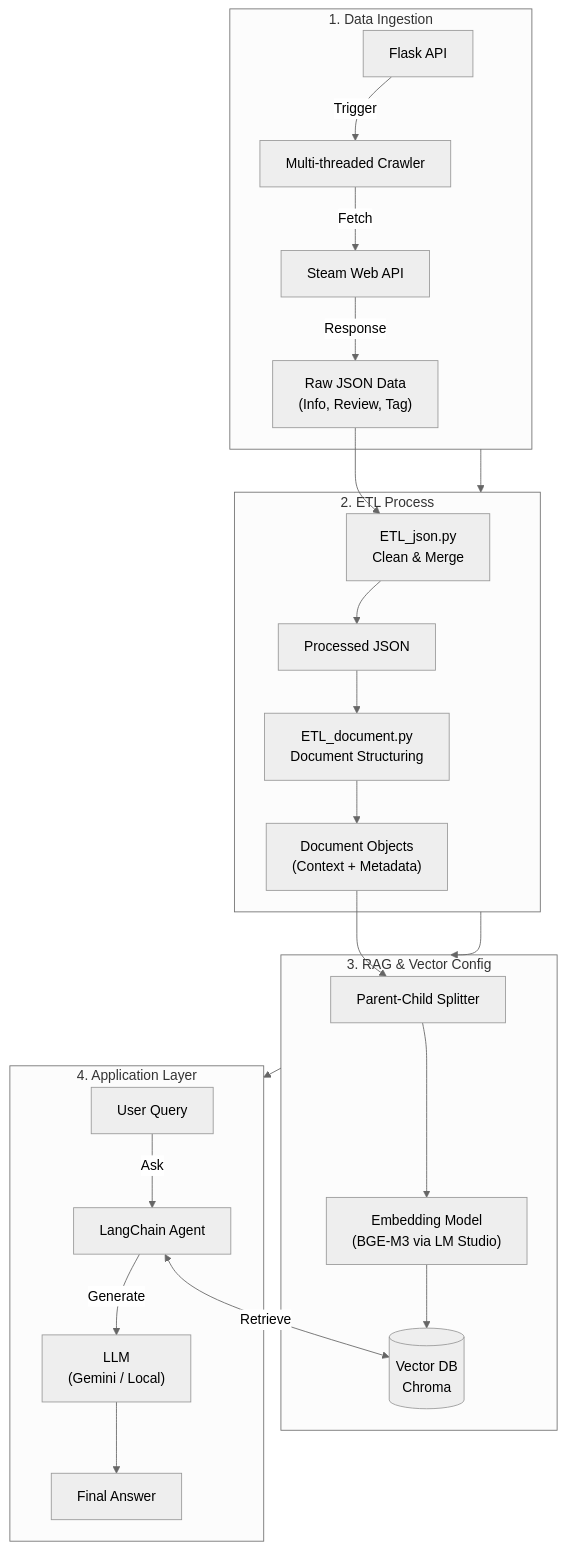
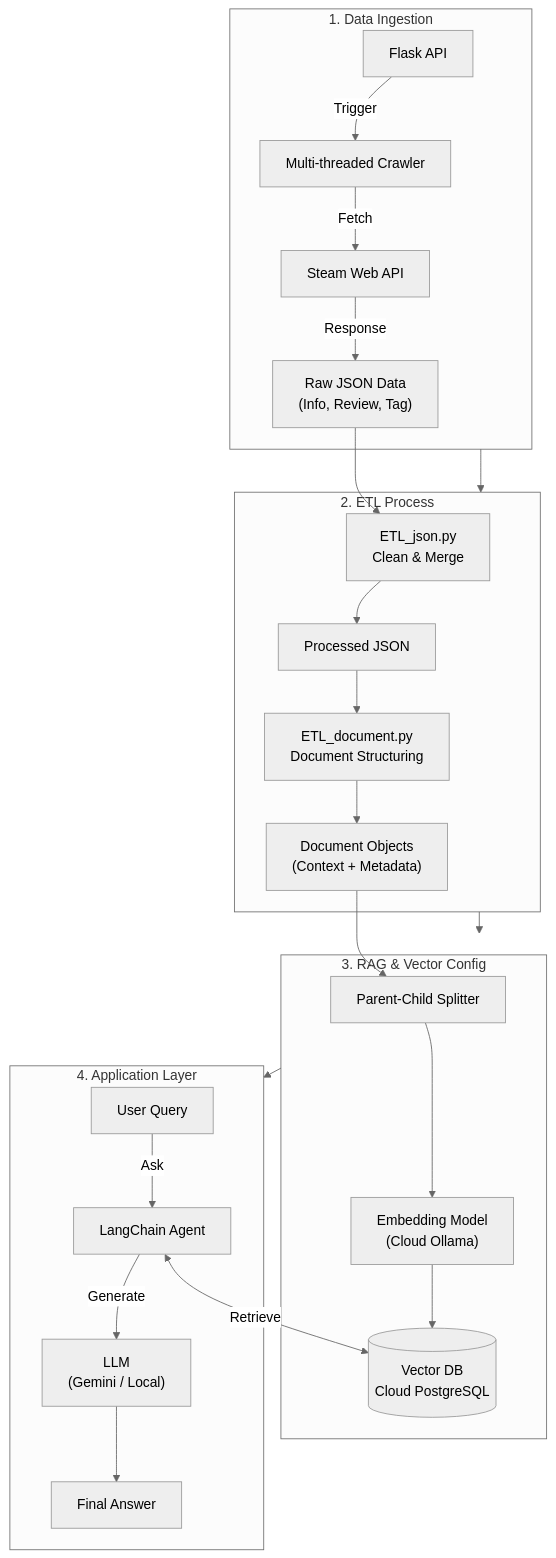
Before and after one commit to refinism-B/Steam-Games-Database-with-RAG: the diagram in README.md, drawn with Mermaid (neutral theme). The commit also changed other lines of this file and 2 other files, not shown here.

````diff
--- a/README.md
+++ b/README.md
@@ -31,32 +34,32 @@
 ```mermaid
 graph TD
     subgraph Data_Ingestion ["1. Data Ingestion"]
         API[Flask API] -->|Trigger| Crawler[Multi-threaded Crawler]
         Crawler -->|Fetch| SteamAPI[Steam Web API]
         SteamAPI -->|Response| RawData["Raw JSON Data<br/>(Info, Review, Tag)"]
     end
 
     subgraph ETL_Process [2. ETL Process]
         RawData --> Clean[ETL_json.py<br/>Clean & Merge]
         Clean --> ProcessedJSON[Processed JSON]
         ProcessedJSON --> Struct[ETL_document.py<br/>Document Structuring]
         Struct --> Docs["Document Objects<br/>(Context + Metadata)"]
     end
 
     subgraph RAG_System [3. RAG & Vector Config]
         Docs --> Split[Parent-Child Splitter]
-        Split --> Embed["Embedding Model<br/>(BGE-M3 via LM Studio)"]
-        Embed --> VectorDB[(Vector DB<br/>Chroma)]
+        Split --> Embed["Embedding Model<br/>(Cloud Ollama)"]
+        Embed --> VectorDB[(Vector DB<br/>Cloud PostgreSQL)]
     end
 
     subgraph Application [4. Application Layer]
         Query[User Query] -->|Ask| Agent[LangChain Agent]
         Agent <-->|Retrieve| VectorDB
         Agent -->|Generate| LLM["LLM<br/>(Gemini / Local)"]
         LLM --> Answer[Final Answer]
     end
 
     Data_Ingestion --> ETL_Process
     ETL_Process --> RAG_System
     RAG_System --> Application
 ```
````
